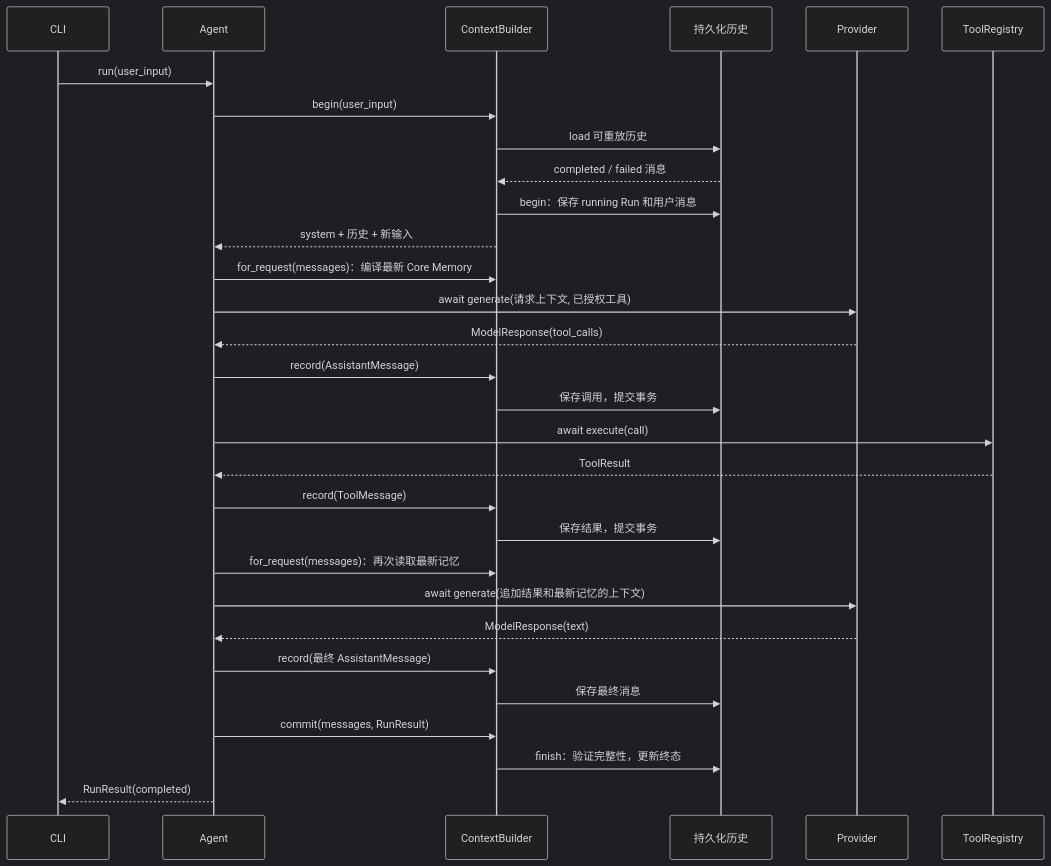
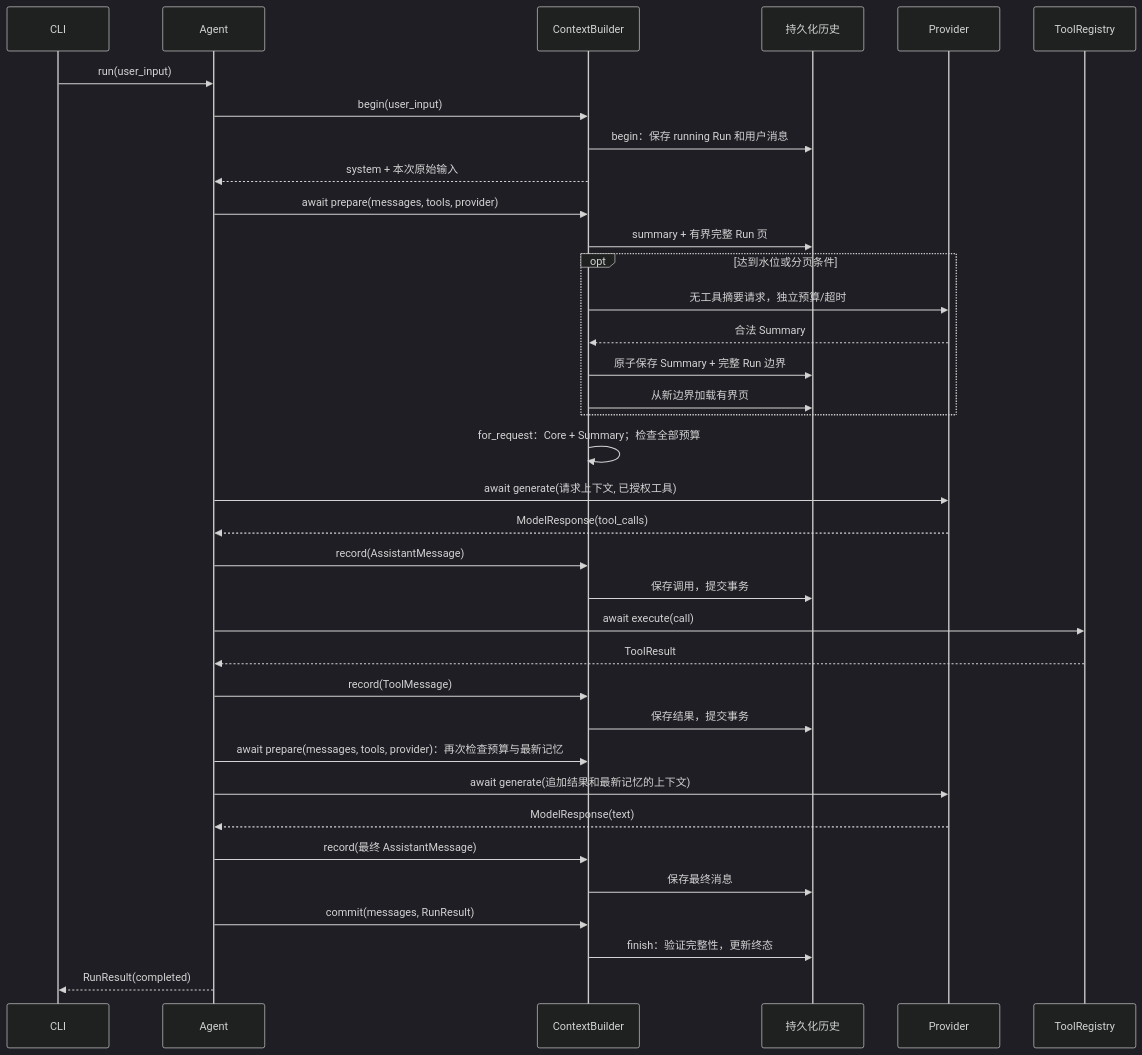
One commit to KindofCrazy/heybuddy changed the third of 5 diagrams in docs/architecture.md. Above: the diagram before and after it, drawn with Mermaid (dark theme). The commit also changed other lines of this file and 35 other files, not shown here.

````diff
--- a/docs/architecture.md
+++ b/docs/architecture.md
@@ -91,32 +91,38 @@
 ```mermaid
 sequenceDiagram
     participant CLI
     participant A as Agent
     participant C as ContextBuilder
     participant H as 持久化历史
     participant P as Provider
     participant T as ToolRegistry
     CLI->>A: run(user_input)
     A->>C: begin(user_input)
-    C->>H: load 可重放历史
-    H-->>C: completed / failed 消息
     C->>H: begin：保存 running Run 和用户消息
-    C-->>A: system + 历史 + 新输入
-    A->>C: for_request(messages)：编译最新 Core Memory
+    C-->>A: system + 本次原始输入
+    A->>C: await prepare(messages, tools, provider)
+    C->>H: summary + 有界完整 Run 页
+    opt 达到水位或分页条件
+        C->>P: 无工具摘要请求，独立预算/超时
+        P-->>C: 合法 Summary
+        C->>H: 原子保存 Summary + 完整 Run 边界
+        C->>H: 从新边界加载有界页
+    end
+    C->>C: for_request：Core + Summary；检查全部预算
     A->>P: await generate(请求上下文, 已授权工具)
     P-->>A: ModelResponse(tool_calls)
     A->>C: record(AssistantMessage)
     C->>H: 保存调用，提交事务
     A->>T: await execute(call)
     T-->>A: ToolResult
     A->>C: record(ToolMessage)
     C->>H: 保存结果，提交事务
-    A->>C: for_request(messages)：再次读取最新记忆
+    A->>C: await prepare(messages, tools, provider)：再次检查预算与最新记忆
     A->>P: await generate(追加结果和最新记忆的上下文)
     P-->>A: ModelResponse(text)
     A->>C: record(最终 AssistantMessage)
     C->>H: 保存最终消息
     A->>C: commit(messages, RunResult)
     C->>H: finish：验证完整性，更新终态
     A-->>CLI: RunResult(completed)
 ```
````
